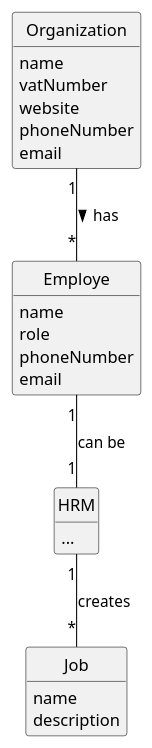
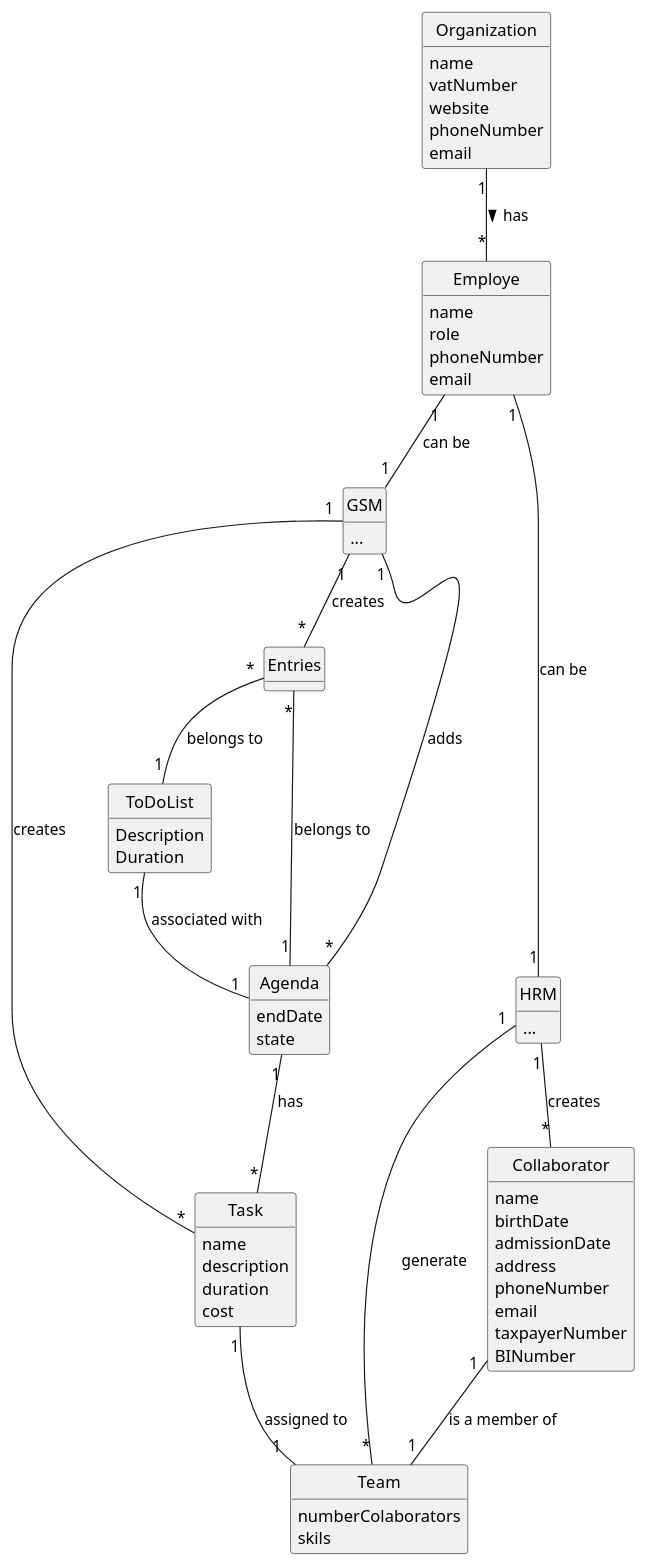
The diagram in docs/sprintC/us028/02.analysis/puml/us002-domain-model.puml (Departamento-de-Engenharia-Informatica/greenspace-management), drawn with PlantUML before and after one commit. The commit also changed 2 other files, not shown here.

```diff
--- a/docs/sprintC/us028/02.analysis/puml/us002-domain-model.puml
+++ b/docs/sprintC/us028/02.analysis/puml/us002-domain-model.puml
@@ -1,46 +1,85 @@
 @startuml
 skinparam monochrome true
 skinparam packageStyle rectangle
 skinparam shadowing false
 
 'left to right direction
 
 skinparam classAttributeIconSize 0
 
 hide circle
 hide methods
 
 'title Domain Model
 
 'class Platform {
 '  -description
 '}
 
 class Organization {
     name
     vatNumber
     website
     phoneNumber
     email
 }
 
 class Employe {
     name
     role
     phoneNumber
     email
 }
+class GSM {
+    ...
+}
+class ToDoList{
+    Description
+    Duration
+}
+class Agenda {
+    endDate
+    state
+}
+class Task {
+    name
+    description
+    duration
+    cost
+}
+class Team {
+    numberColaborators
+    skils
+}
+
 class HRM {
     ...
 }
-class Job {
+class Collaborator {
     name
-    description
+    birthDate
+    admissionDate
+    address
+    phoneNumber
+    email
+    taxpayerNumber
+    BINumber
 }
 
+Organization "1" -- "*" Employe : has >
+GSM "1" -- "*" Task : creates
+GSM "1" -- "*" Entries : creates
+Entries "*" -- "1" ToDoList : belongs to
+Entries "*" -- "1" Agenda : belongs to
+Employe "1" -- "1" GSM : can be
+HRM "1" -- "*" Team : generate
+HRM "1" -- "*" Collaborator : creates
+Collaborator "1" -- "1" Team : is a member of
+Agenda "1" -- "*" Task : has
+GSM "1" -- "*" Agenda: adds
+Task "1" -- "1" Team : assigned to
+Employe "1" -- "1" HRM : can be
+ToDoList "1" -- "1" Agenda : associated with
 
-Employe "1" -- "1" HRM : can be
-Organization "1" -- "*" Employe : has >
 
-HRM "1" -- "*" Job : creates
 @enduml
```
